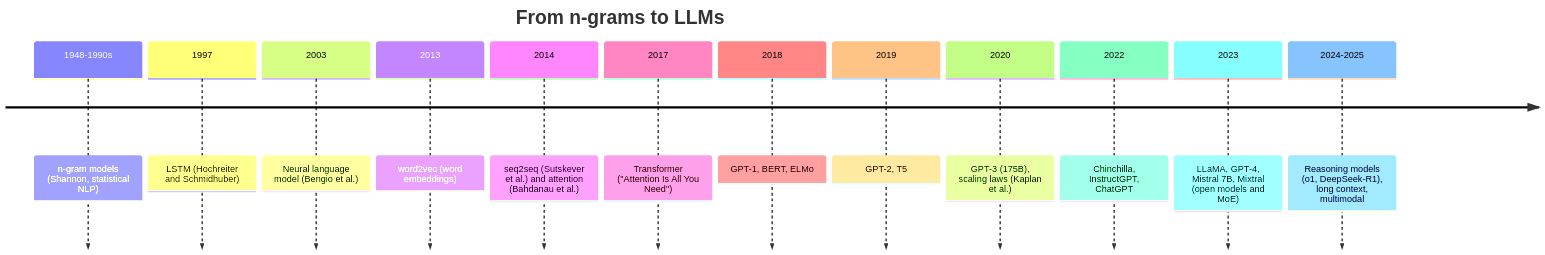
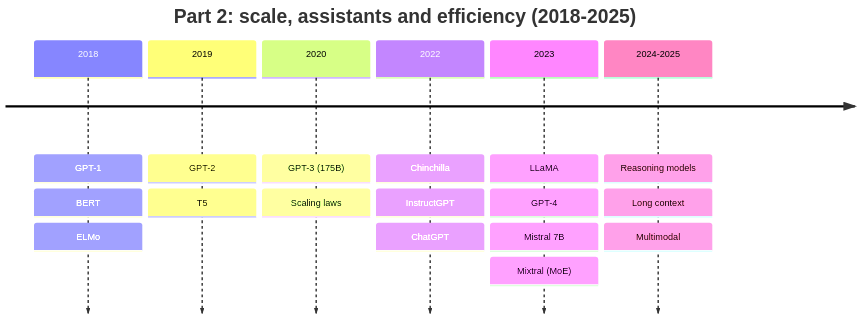
Before and after one commit to sztistvan/llm-explained-handouts: the second of 3 diagrams in docs/01-history.md, drawn with Mermaid. The commit also changed other lines of this file, not shown here.

Commit message:
Split the history timeline into two diagrams
The single twelve-period timeline in handout 01 was too wide to read. It is
now two six-period diagrams (1948-2017 and 2018-2025) with shorter labels and
items stacked per year, plus a line naming the key papers for Part 1.

````diff
--- a/docs/01-history.md
+++ b/docs/01-history.md
@@ -8,16 +19,10 @@
 ```mermaid
 timeline
-    title From n-grams to LLMs
-    1948-1990s : n-gram models (Shannon, statistical NLP)
-    1997 : LSTM (Hochreiter and Schmidhuber)
-    2003 : Neural language model (Bengio et al.)
-    2013 : word2vec (word embeddings)
-    2014 : seq2seq (Sutskever et al.) and attention (Bahdanau et al.)
-    2017 : Transformer ("Attention Is All You Need")
-    2018 : GPT-1, BERT, ELMo
-    2019 : GPT-2, T5
-    2020 : GPT-3 (175B), scaling laws (Kaplan et al.)
-    2022 : Chinchilla, InstructGPT, ChatGPT
-    2023 : LLaMA, GPT-4, Mistral 7B, Mixtral (open models and MoE)
-    2024-2025 : Reasoning models (o1, DeepSeek-R1), long context, multimodal
+    title Part 2: scale, assistants and efficiency (2018-2025)
+    2018 : GPT-1 : BERT : ELMo
+    2019 : GPT-2 : T5
+    2020 : GPT-3 (175B) : Scaling laws
+    2022 : Chinchilla : InstructGPT : ChatGPT
+    2023 : LLaMA : GPT-4 : Mistral 7B : Mixtral (MoE)
+    2024-2025 : Reasoning models : Long context : Multimodal
 ```
````
